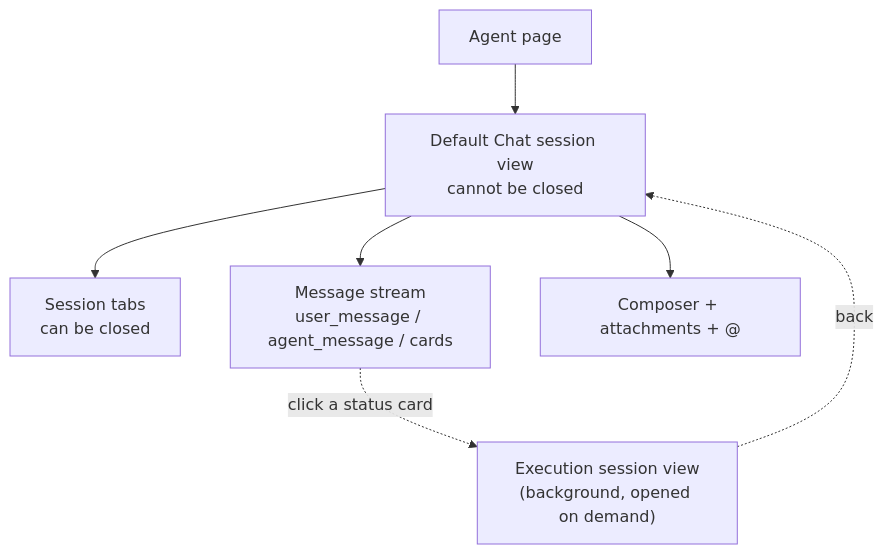
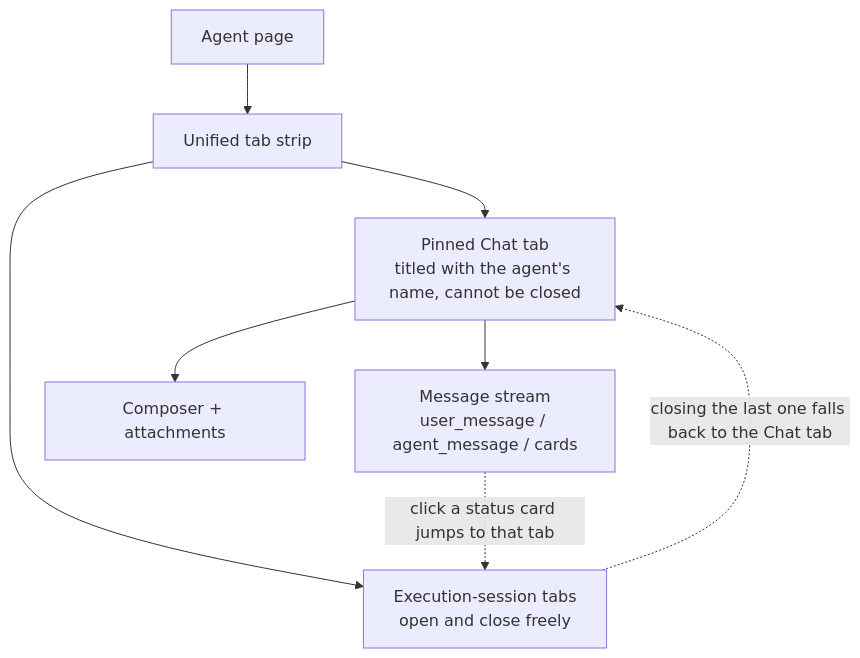
The tenth of 10 diagrams in docs/design/en/27-intent-messaging-and-group-chat.md (acowork/acowork), drawn with Mermaid before and after one commit. The commit also changed other lines of this file and 87 other files, not shown here.

````diff
--- a/docs/design/en/27-intent-messaging-and-group-chat.md
+++ b/docs/design/en/27-intent-messaging-and-group-chat.md
@@ -799,9 +811,10 @@
 ```mermaid
 graph TB
-    AP["Agent page"] --> DV["Default Chat session view<br/>cannot be closed"]
-    DV --> TABS["Session tabs<br/>can be closed"]
-    DV --> MSG["Message stream<br/>user_message / agent_message / cards"]
-    DV --> INPUT["Composer + attachments + @"]
-    MSG -.->|"click a status card"| ES["Execution session view<br/>(background, opened on demand)"]
-    ES -.->|"back"| DV
+    AP["Agent page"] --> BAR["Unified tab strip"]
+    BAR --> CT["Pinned Chat tab<br/>titled with the agent's name, cannot be closed"]
+    BAR --> ET["Execution-session tabs<br/>open and close freely"]
+    CT --> MSG["Message stream<br/>user_message / agent_message / cards"]
+    CT --> INPUT["Composer + attachments"]
+    MSG -.->|"click a status card jumps to that tab"| ET
+    ET -.->|"closing the last one falls back to the Chat tab"| CT
 ```
````
